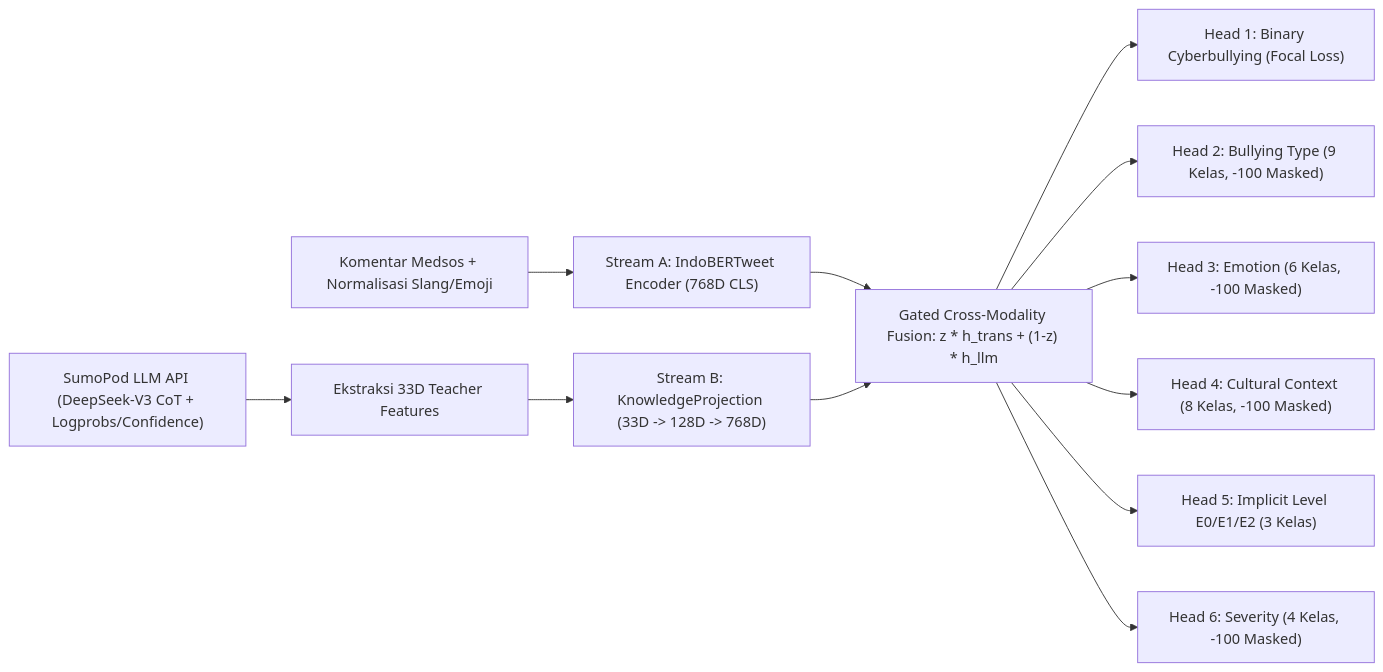
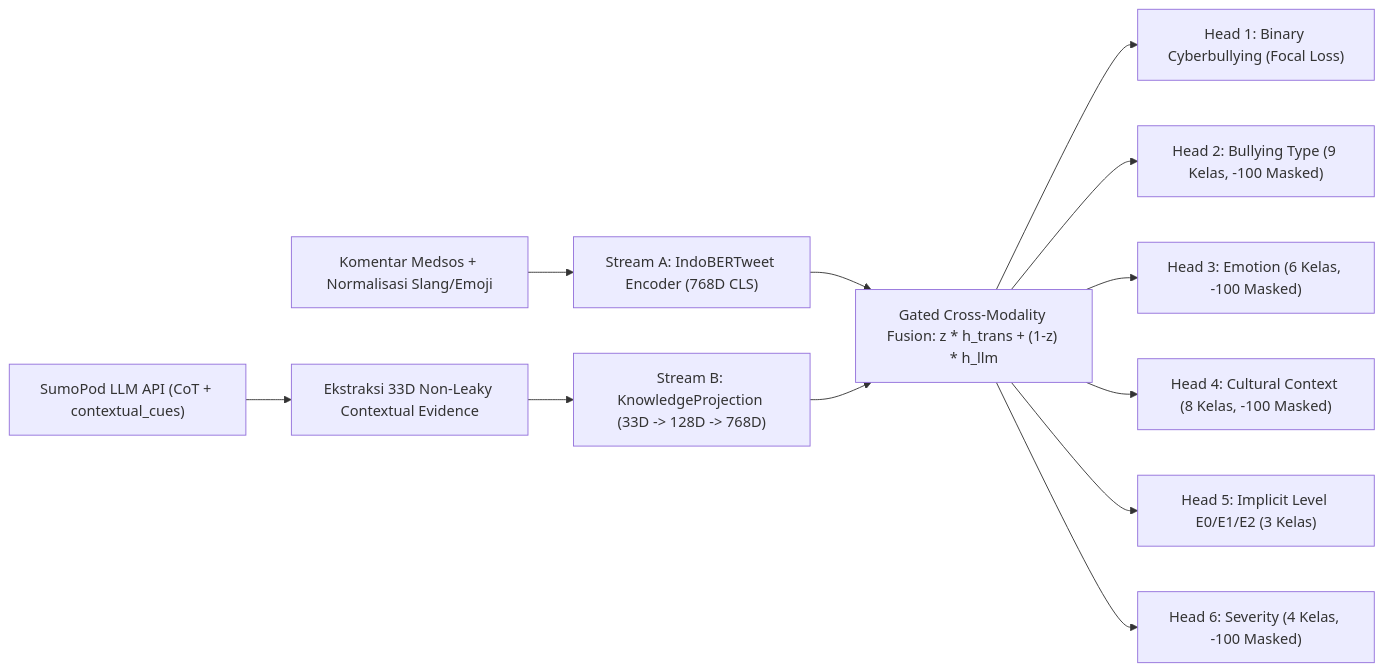
Before and after one commit to harlen91/LLM-Disertasi: the first of 2 diagrams in README.md, drawn with Mermaid. The commit also changed other lines of this file and 49 other files, not shown here.

Commit message:
Refactor: Active dual-stream 33D contextual cues, E1-E6 ablation, consistency suite, and report fixes

````diff
--- a/README.md
+++ b/README.md
@@ -14,14 +14,14 @@
 ```mermaid
 flowchart LR
     T["Komentar Medsos + Normalisasi Slang/Emoji"] --> SA["Stream A: IndoBERTweet Encoder (768D CLS)"]
-    A["SumoPod LLM API (DeepSeek-V3 CoT + Logprobs/Confidence)"] --> FE["Ekstraksi 33D Teacher Features"]
+    A["SumoPod LLM API (CoT + contextual_cues)"] --> FE["Ekstraksi 33D Non-Leaky Contextual Evidence"]
     FE --> SB["Stream B: KnowledgeProjection (33D -> 128D -> 768D)"]
     SA --> GF["Gated Cross-Modality Fusion: z * h_trans + (1-z) * h_llm"]
     SB --> GF
     GF --> H1["Head 1: Binary Cyberbullying (Focal Loss)"]
     GF --> H2["Head 2: Bullying Type (9 Kelas, -100 Masked)"]
     GF --> H3["Head 3: Emotion (6 Kelas, -100 Masked)"]
     GF --> H4["Head 4: Cultural Context (8 Kelas, -100 Masked)"]
     GF --> H5["Head 5: Implicit Level E0/E1/E2 (3 Kelas)"]
     GF --> H6["Head 6: Severity (4 Kelas, -100 Masked)"]
 ```
````
